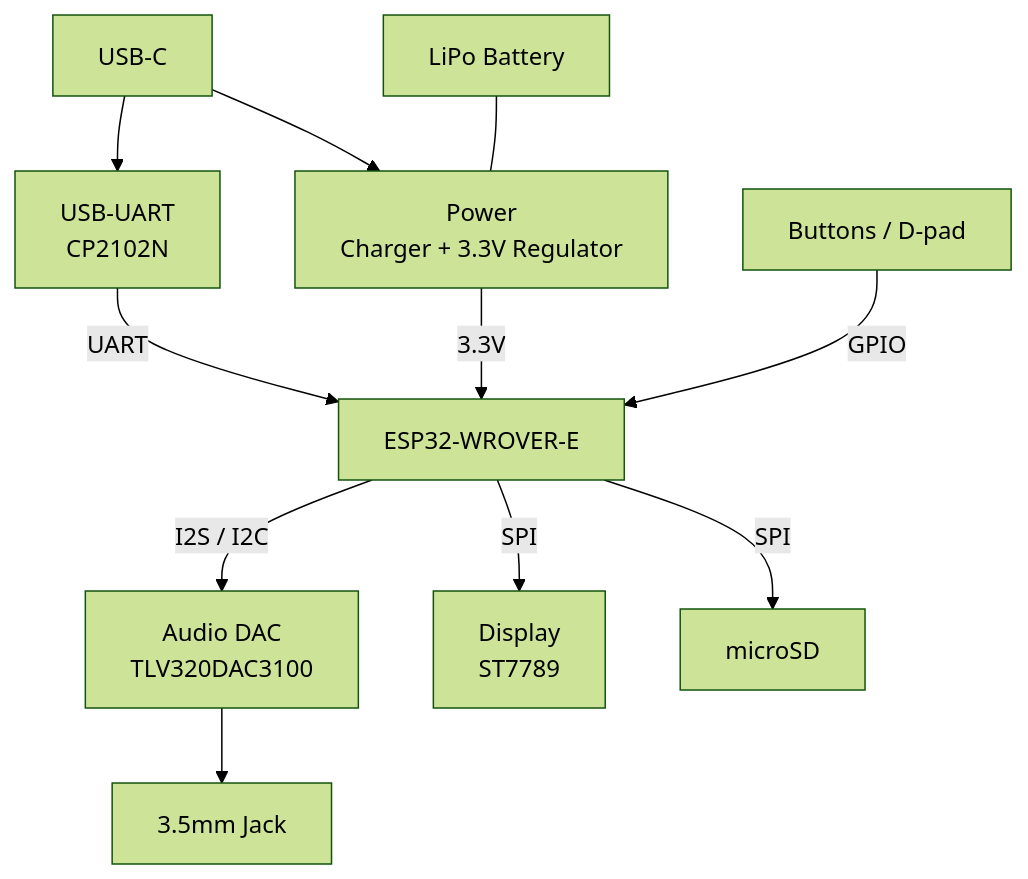
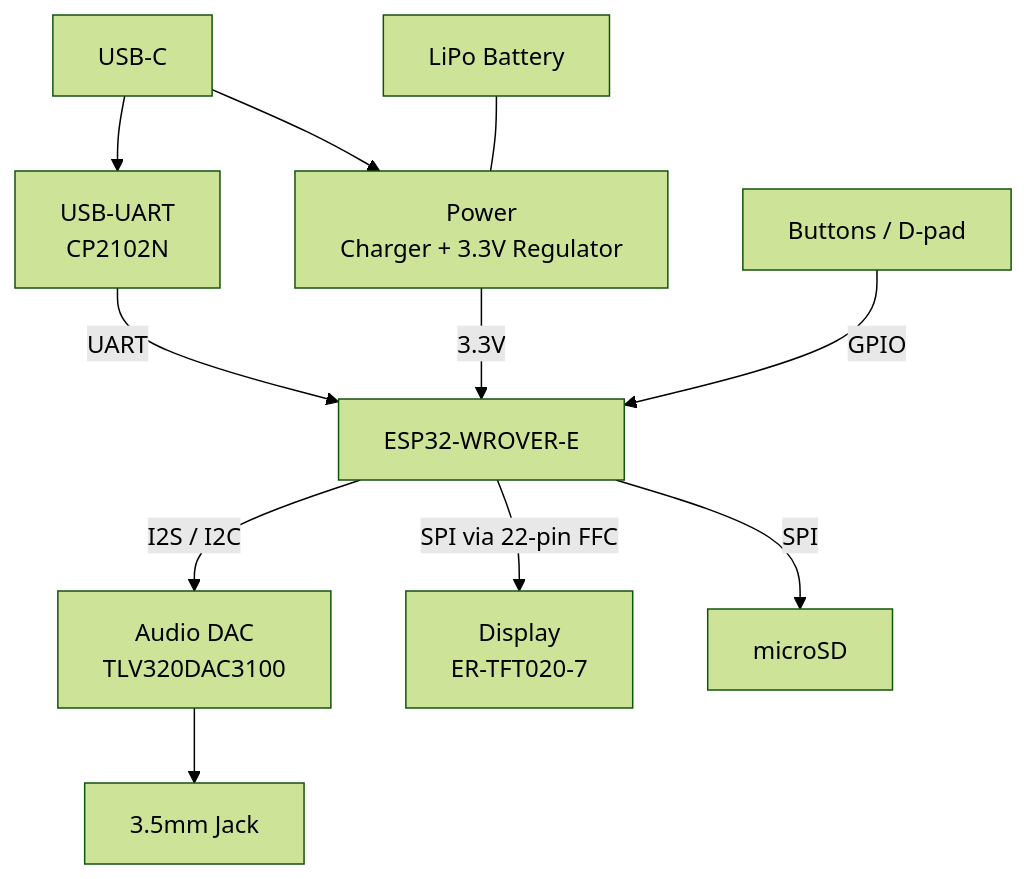
Before and after one commit to Jake-Eshelman-Portfolio/jpod: the diagram in hardware/block_diagram.md, drawn with Mermaid (forest theme). The commit also changed 4 other files, not shown here.

Commit message:
update display to use actual display screen in schematic

````diff
--- a/hardware/block_diagram.md
+++ b/hardware/block_diagram.md
@@ -1,15 +1,15 @@
 ```mermaid
 flowchart TB
     USB["USB-C"] --> UART["USB-UART<br/>CP2102N"]
     USB --> PWR["Power<br/>Charger + 3.3V Regulator"]
     BATT["LiPo Battery"] --- PWR
     PWR -->|3.3V| MCU
 
     UART -->|UART| MCU
     MCU["ESP32-WROVER-E"]
 
     MCU -->|I2S / I2C| DAC["Audio DAC<br/>TLV320DAC3100"] --> JACK["3.5mm Jack"]
-    MCU -->|SPI| DISP["Display<br/>ST7789"]
+    MCU -->|SPI via 22-pin FFC| DISP["Display<br/>ER-TFT020-7"]
     MCU -->|SPI| SD["microSD"]
     BTN["Buttons / D-pad"] -->|GPIO| MCU
 ```
````
